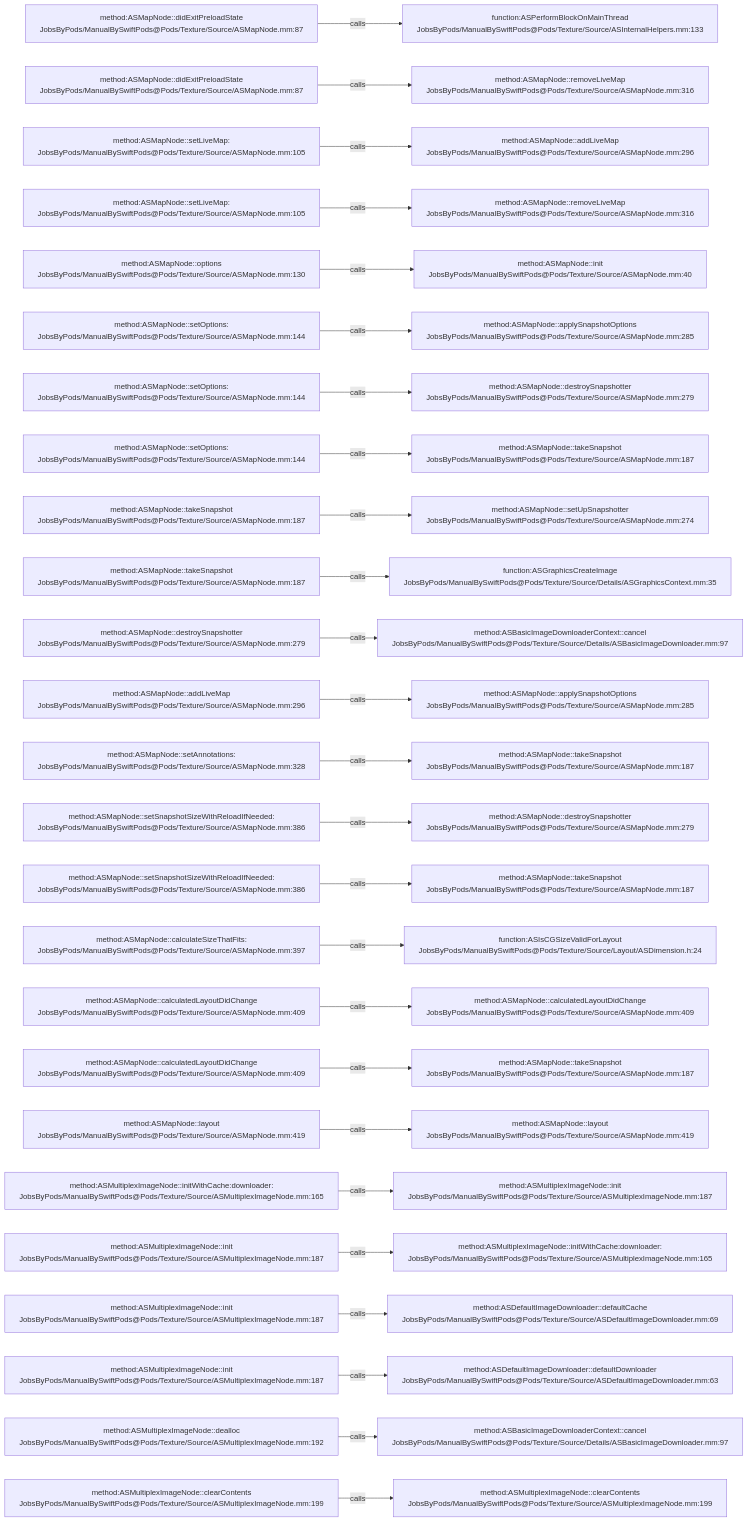
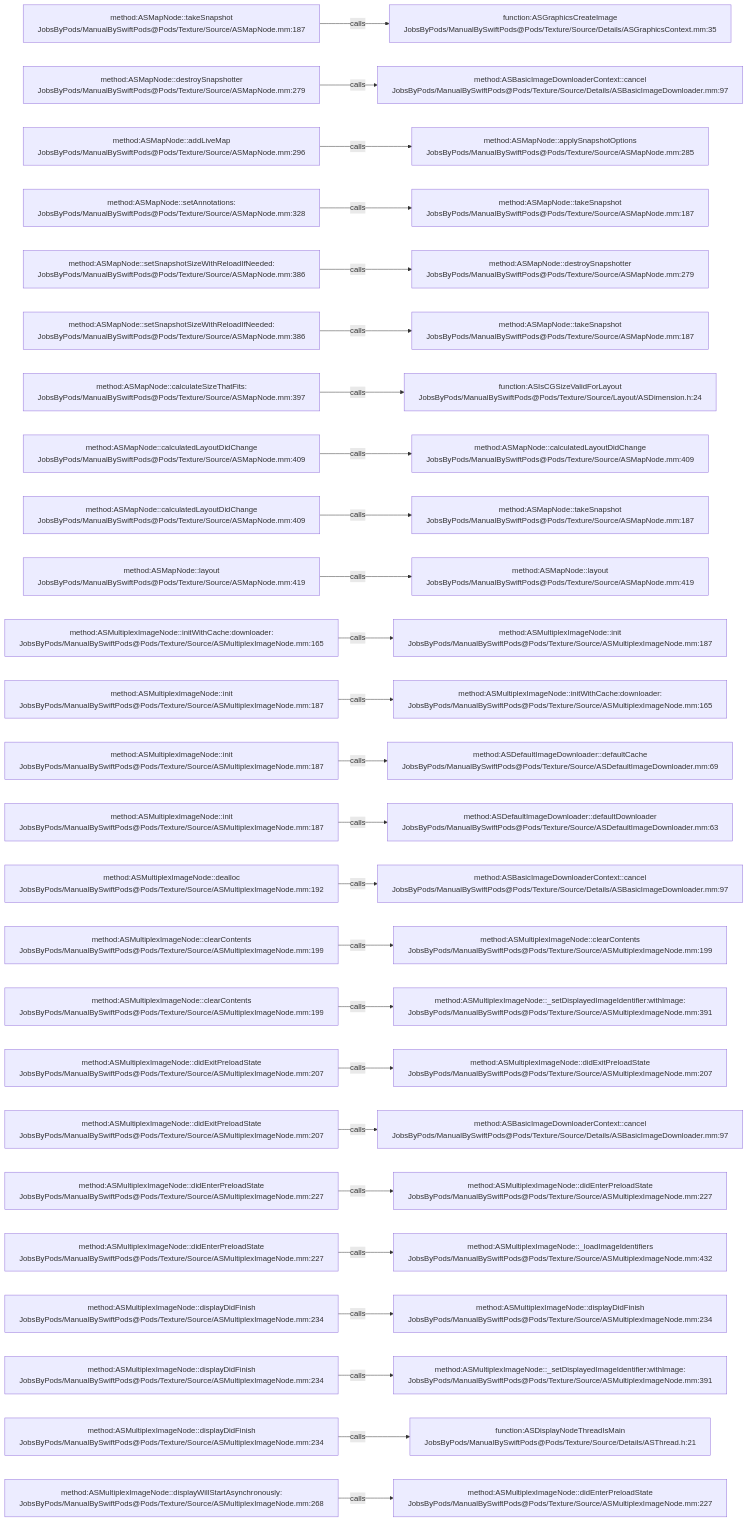
One commit to JobsKits/JobsSwiftBaseConfigDemo changed the diagram in .codegraph/codegraph.md/graphs/calls-046.md. Above: the diagram before and after it, drawn with Mermaid. The commit also changed 707 other files, not shown here.

````diff
--- a/.codegraph/codegraph.md/graphs/calls-046.md
+++ b/.codegraph/codegraph.md/graphs/calls-046.md
@@ -13,78 +13,78 @@
 ```mermaid
 flowchart LR
-  S1["method:ASMapNode::didExitPreloadState<br/>JobsByPods/ManualBySwiftPods@Pods/Texture/Source/ASMapNode.mm:87"]
-  T1["function:ASPerformBlockOnMainThread<br/>JobsByPods/ManualBySwiftPods@Pods/Texture/Source/ASInternalHelpers.mm:133"]
+  S1["method:ASMapNode::takeSnapshot<br/>JobsByPods/ManualBySwiftPods@Pods/Texture/Source/ASMapNode.mm:187"]
+  T1["function:ASGraphicsCreateImage<br/>JobsByPods/ManualBySwiftPods@Pods/Texture/Source/Details/ASGraphicsContext.mm:35"]
   S1 -->|calls| T1
-  S2["method:ASMapNode::didExitPreloadState<br/>JobsByPods/ManualBySwiftPods@Pods/Texture/Source/ASMapNode.mm:87"]
-  T2["method:ASMapNode::removeLiveMap<br/>JobsByPods/ManualBySwiftPods@Pods/Texture/Source/ASMapNode.mm:316"]
+  S2["method:ASMapNode::destroySnapshotter<br/>JobsByPods/ManualBySwiftPods@Pods/Texture/Source/ASMapNode.mm:279"]
+  T2["method:ASBasicImageDownloaderContext::cancel<br/>JobsByPods/ManualBySwiftPods@Pods/Texture/Source/Details/ASBasicImageDownloader.mm:97"]
   S2 -->|calls| T2
-  S3["method:ASMapNode::setLiveMap:<br/>JobsByPods/ManualBySwiftPods@Pods/Texture/Source/ASMapNode.mm:105"]
-  T3["method:ASMapNode::addLiveMap<br/>JobsByPods/ManualBySwiftPods@Pods/Texture/Source/ASMapNode.mm:296"]
+  S3["method:ASMapNode::addLiveMap<br/>JobsByPods/ManualBySwiftPods@Pods/Texture/Source/ASMapNode.mm:296"]
+  T3["method:ASMapNode::applySnapshotOptions<br/>JobsByPods/ManualBySwiftPods@Pods/Texture/Source/ASMapNode.mm:285"]
   S3 -->|calls| T3
-  S4["method:ASMapNode::setLiveMap:<br/>JobsByPods/ManualBySwiftPods@Pods/Texture/Source/ASMapNode.mm:105"]
-  T4["method:ASMapNode::removeLiveMap<br/>JobsByPods/ManualBySwiftPods@Pods/Texture/Source/ASMapNode.mm:316"]
+  S4["method:ASMapNode::setAnnotations:<br/>JobsByPods/ManualBySwiftPods@Pods/Texture/Source/ASMapNode.mm:328"]
+  T4["method:ASMapNode::takeSnapshot<br/>JobsByPods/ManualBySwiftPods@Pods/Texture/Source/ASMapNode.mm:187"]
   S4 -->|calls| T4
-  S5["method:ASMapNode::options<br/>JobsByPods/ManualBySwiftPods@Pods/Texture/Source/ASMapNode.mm:130"]
-  T5["method:ASMapNode::init<br/>JobsByPods/ManualBySwiftPods@Pods/Texture/Source/ASMapNode.mm:40"]
+  S5["method:ASMapNode::setSnapshotSizeWithReloadIfNeeded:<br/>JobsByPods/ManualBySwiftPods@Pods/Texture/Source/ASMapNode.mm:386"]
+  T5["method:ASMapNode::destroySnapshotter<br/>JobsByPods/ManualBySwiftPods@Pods/Texture/Source/ASMapNode.mm:279"]
   S5 -->|calls| T5
-  S6["method:ASMapNode::setOptions:<br/>JobsByPods/ManualBySwiftPods@Pods/Texture/Source/ASMapNode.mm:144"]
-  T6["method:ASMapNode::applySnapshotOptions<br/>JobsByPods/ManualBySwiftPods@Pods/Texture/Source/ASMapNode.mm:285"]
+  S6["method:ASMapNode::setSnapshotSizeWithReloadIfNeeded:<br/>JobsByPods/ManualBySwiftPods@Pods/Texture/Source/ASMapNode.mm:386"]
+  T6["method:ASMapNode::takeSnapshot<br/>JobsByPods/ManualBySwiftPods@Pods/Texture/Source/ASMapNode.mm:187"]
   S6 -->|calls| T6
-  S7["method:ASMapNode::setOptions:<br/>JobsByPods/ManualBySwiftPods@Pods/Texture/Source/ASMapNode.mm:144"]
-  T7["method:ASMapNode::destroySnapshotter<br/>JobsByPods/ManualBySwiftPods@Pods/Texture/Source/ASMapNode.mm:279"]
+  S7["method:ASMapNode::calculateSizeThatFits:<br/>JobsByPods/ManualBySwiftPods@Pods/Texture/Source/ASMapNode.mm:397"]
+  T7["function:ASIsCGSizeValidForLayout<br/>JobsByPods/ManualBySwiftPods@Pods/Texture/Source/Layout/ASDimension.h:24"]
   S7 -->|calls| T7
-  S8["method:ASMapNode::setOptions:<br/>JobsByPods/ManualBySwiftPods@Pods/Texture/Source/ASMapNode.mm:144"]
-  T8["method:ASMapNode::takeSnapshot<br/>JobsByPods/ManualBySwiftPods@Pods/Texture/Source/ASMapNode.mm:187"]
+  S8["method:ASMapNode::calculatedLayoutDidChange<br/>JobsByPods/ManualBySwiftPods@Pods/Texture/Source/ASMapNode.mm:409"]
+  T8["method:ASMapNode::calculatedLayoutDidChange<br/>JobsByPods/ManualBySwiftPods@Pods/Texture/Source/ASMapNode.mm:409"]
   S8 -->|calls| T8
-  S9["method:ASMapNode::takeSnapshot<br/>JobsByPods/ManualBySwiftPods@Pods/Texture/Source/ASMapNode.mm:187"]
-  T9["method:ASMapNode::setUpSnapshotter<br/>JobsByPods/ManualBySwiftPods@Pods/Texture/Source/ASMapNode.mm:274"]
+  S9["method:ASMapNode::calculatedLayoutDidChange<br/>JobsByPods/ManualBySwiftPods@Pods/Texture/Source/ASMapNode.mm:409"]
+  T9["method:ASMapNode::takeSnapshot<br/>JobsByPods/ManualBySwiftPods@Pods/Texture/Source/ASMapNode.mm:187"]
   S9 -->|calls| T9
-  S10["method:ASMapNode::takeSnapshot<br/>JobsByPods/ManualBySwiftPods@Pods/Texture/Source/ASMapNode.mm:187"]
-  T10["function:ASGraphicsCreateImage<br/>JobsByPods/ManualBySwiftPods@Pods/Texture/Source/Details/ASGraphicsContext.mm:35"]
+  S10["method:ASMapNode::layout<br/>JobsByPods/ManualBySwiftPods@Pods/Texture/Source/ASMapNode.mm:419"]
+  T10["method:ASMapNode::layout<br/>JobsByPods/ManualBySwiftPods@Pods/Texture/Source/ASMapNode.mm:419"]
   S10 -->|calls| T10
-  S11["method:ASMapNode::destroySnapshotter<br/>JobsByPods/ManualBySwiftPods@Pods/Texture/Source/ASMapNode.mm:279"]
-  T11["method:ASBasicImageDownloaderContext::cancel<br/>JobsByPods/ManualBySwiftPods@Pods/Texture/Source/Details/ASBasicImageDownloader.mm:97"]
+  S11["method:ASMultiplexImageNode::initWithCache:downloader:<br/>JobsByPods/ManualBySwiftPods@Pods/Texture/Source/ASMultiplexImageNode.mm:165"]
+  T11["method:ASMultiplexImageNode::init<br/>JobsByPods/ManualBySwiftPods@Pods/Texture/Source/ASMultiplexImageNode.mm:187"]
   S11 -->|calls| T11
-  S12["method:ASMapNode::addLiveMap<br/>JobsByPods/ManualBySwiftPods@Pods/Texture/Source/ASMapNode.mm:296"]
-  T12["method:ASMapNode::applySnapshotOptions<br/>JobsByPods/ManualBySwiftPods@Pods/Texture/Source/ASMapNode.mm:285"]
+  S12["method:ASMultiplexImageNode::init<br/>JobsByPods/ManualBySwiftPods@Pods/Texture/Source/ASMultiplexImageNode.mm:187"]
+  T12["method:ASMultiplexImageNode::initWithCache:downloader:<br/>JobsByPods/ManualBySwiftPods@Pods/Texture/Source/ASMultiplexImageNode.mm:165"]
   S12 -->|calls| T12
-  S13["method:ASMapNode::setAnnotations:<br/>JobsByPods/ManualBySwiftPods@Pods/Texture/Source/ASMapNode.mm:328"]
-  T13["method:ASMapNode::takeSnapshot<br/>JobsByPods/ManualBySwiftPods@Pods/Texture/Source/ASMapNode.mm:187"]
+  S13["method:ASMultiplexImageNode::init<br/>JobsByPods/ManualBySwiftPods@Pods/Texture/Source/ASMultiplexImageNode.mm:187"]
+  T13["method:ASDefaultImageDownloader::defaultCache<br/>JobsByPods/ManualBySwiftPods@Pods/Texture/Source/ASDefaultImageDownloader.mm:69"]
   S13 -->|calls| T13
-  S14["method:ASMapNode::setSnapshotSizeWithReloadIfNeeded:<br/>JobsByPods/ManualBySwiftPods@Pods/Texture/Source/ASMapNode.mm:386"]
-  T14["method:ASMapNode::destroySnapshotter<br/>JobsByPods/ManualBySwiftPods@Pods/Texture/Source/ASMapNode.mm:279"]
+  S14["method:ASMultiplexImageNode::init<br/>JobsByPods/ManualBySwiftPods@Pods/Texture/Source/ASMultiplexImageNode.mm:187"]
+  T14["method:ASDefaultImageDownloader::defaultDownloader<br/>JobsByPods/ManualBySwiftPods@Pods/Texture/Source/ASDefaultImageDownloader.mm:63"]
   S14 -->|calls| T14
-  S15["method:ASMapNode::setSnapshotSizeWithReloadIfNeeded:<br/>JobsByPods/ManualBySwiftPods@Pods/Texture/Source/ASMapNode.mm:386"]
-  T15["method:ASMapNode::takeSnapshot<br/>JobsByPods/ManualBySwiftPods@Pods/Texture/Source/ASMapNode.mm:187"]
+  S15["method:ASMultiplexImageNode::dealloc<br/>JobsByPods/ManualBySwiftPods@Pods/Texture/Source/ASMultiplexImageNode.mm:192"]
+  T15["method:ASBasicImageDownloaderContext::cancel<br/>JobsByPods/ManualBySwiftPods@Pods/Texture/Source/Details/ASBasicImageDownloader.mm:97"]
   S15 -->|calls| T15
-  S16["method:ASMapNode::calculateSizeThatFits:<br/>JobsByPods/ManualBySwiftPods@Pods/Texture/Source/ASMapNode.mm:397"]
-  T16["function:ASIsCGSizeValidForLayout<br/>JobsByPods/ManualBySwiftPods@Pods/Texture/Source/Layout/ASDimension.h:24"]
+  S16["method:ASMultiplexImageNode::clearContents<br/>JobsByPods/ManualBySwiftPods@Pods/Texture/Source/ASMultiplexImageNode.mm:199"]
+  T16["method:ASMultiplexImageNode::clearContents<br/>JobsByPods/ManualBySwiftPods@Pods/Texture/Source/ASMultiplexImageNode.mm:199"]
   S16 -->|calls| T16
-  S17["method:ASMapNode::calculatedLayoutDidChange<br/>JobsByPods/ManualBySwiftPods@Pods/Texture/Source/ASMapNode.mm:409"]
-  T17["method:ASMapNode::calculatedLayoutDidChange<br/>JobsByPods/ManualBySwiftPods@Pods/Texture/Source/ASMapNode.mm:409"]
+  S17["method:ASMultiplexImageNode::clearContents<br/>JobsByPods/ManualBySwiftPods@Pods/Texture/Source/ASMultiplexImageNode.mm:199"]
+  T17["method:ASMultiplexImageNode::_setDisplayedImageIdentifier:withImage:<br/>JobsByPods/ManualBySwiftPods@Pods/Texture/Source/ASMultiplexImageNode.mm:391"]
   S17 -->|calls| T17
-  S18["method:ASMapNode::calculatedLayoutDidChange<br/>JobsByPods/ManualBySwiftPods@Pods/Texture/Source/ASMapNode.mm:409"]
-  T18["method:ASMapNode::takeSnapshot<br/>JobsByPods/ManualBySwiftPods@Pods/Texture/Source/ASMapNode.mm:187"]
+  S18["method:ASMultiplexImageNode::didExitPreloadState<br/>JobsByPods/ManualBySwiftPods@Pods/Texture/Source/ASMultiplexImageNode.mm:207"]
+  T18["method:ASMultiplexImageNode::didExitPreloadState<br/>JobsByPods/ManualBySwiftPods@Pods/Texture/Source/ASMultiplexImageNode.mm:207"]
   S18 -->|calls| T18
-  S19["method:ASMapNode::layout<br/>JobsByPods/ManualBySwiftPods@Pods/Texture/Source/ASMapNode.mm:419"]
-  T19["method:ASMapNode::layout<br/>JobsByPods/ManualBySwiftPods@Pods/Texture/Source/ASMapNode.mm:419"]
+  S19["method:ASMultiplexImageNode::didExitPreloadState<br/>JobsByPods/ManualBySwiftPods@Pods/Texture/Source/ASMultiplexImageNode.mm:207"]
+  T19["method:ASBasicImageDownloaderContext::cancel<br/>JobsByPods/ManualBySwiftPods@Pods/Texture/Source/Details/ASBasicImageDownloader.mm:97"]
   S19 -->|calls| T19
-  S20["method:ASMultiplexImageNode::initWithCache:downloader:<br/>JobsByPods/ManualBySwiftPods@Pods/Texture/Source/ASMultiplexImageNode.mm:165"]
-  T20["method:ASMultiplexImageNode::init<br/>JobsByPods/ManualBySwiftPods@Pods/Texture/Source/ASMultiplexImageNode.mm:187"]
+  S20["method:ASMultiplexImageNode::didEnterPreloadState<br/>JobsByPods/ManualBySwiftPods@Pods/Texture/Source/ASMultiplexImageNode.mm:227"]
+  T20["method:ASMultiplexImageNode::didEnterPreloadState<br/>JobsByPods/ManualBySwiftPods@Pods/Texture/Source/ASMultiplexImageNode.mm:227"]
   S20 -->|calls| T20
-  S21["method:ASMultiplexImageNode::init<br/>JobsByPods/ManualBySwiftPods@Pods/Texture/Source/ASMultiplexImageNode.mm:187"]
-  T21["method:ASMultiplexImageNode::initWithCache:downloader:<br/>JobsByPods/ManualBySwiftPods@Pods/Texture/Source/ASMultiplexImageNode.mm:165"]
+  S21["method:ASMultiplexImageNode::didEnterPreloadState<br/>JobsByPods/ManualBySwiftPods@Pods/Texture/Source/ASMultiplexImageNode.mm:227"]
+  T21["method:ASMultiplexImageNode::_loadImageIdentifiers<br/>JobsByPods/ManualBySwiftPods@Pods/Texture/Source/ASMultiplexImageNode.mm:432"]
   S21 -->|calls| T21
-  S22["method:ASMultiplexImageNode::init<br/>JobsByPods/ManualBySwiftPods@Pods/Texture/Source/ASMultiplexImageNode.mm:187"]
-  T22["method:ASDefaultImageDownloader::defaultCache<br/>JobsByPods/ManualBySwiftPods@Pods/Texture/Source/ASDefaultImageDownloader.mm:69"]
+  S22["method:ASMultiplexImageNode::displayDidFinish<br/>JobsByPods/ManualBySwiftPods@Pods/Texture/Source/ASMultiplexImageNode.mm:234"]
+  T22["method:ASMultiplexImageNode::displayDidFinish<br/>JobsByPods/ManualBySwiftPods@Pods/Texture/Source/ASMultiplexImageNode.mm:234"]
   S22 -->|calls| T22
-  S23["method:ASMultiplexImageNode::init<br/>JobsByPods/ManualBySwiftPods@Pods/Texture/Source/ASMultiplexImageNode.mm:187"]
-  T23["method:ASDefaultImageDownloader::defaultDownloader<br/>JobsByPods/ManualBySwiftPods@Pods/Texture/Source/ASDefaultImageDownloader.mm:63"]
+  S23["method:ASMultiplexImageNode::displayDidFinish<br/>JobsByPods/ManualBySwiftPods@Pods/Texture/Source/ASMultiplexImageNode.mm:234"]
+  T23["method:ASMultiplexImageNode::_setDisplayedImageIdentifier:withImage:<br/>JobsByPods/ManualBySwiftPods@Pods/Texture/Source/ASMultiplexImageNode.mm:391"]
   S23 -->|calls| T23
-  S24["method:ASMultiplexImageNode::dealloc<br/>JobsByPods/ManualBySwiftPods@Pods/Texture/Source/ASMultiplexImageNode.mm:192"]
-  T24["method:ASBasicImageDownloaderContext::cancel<br/>JobsByPods/ManualBySwiftPods@Pods/Texture/Source/Details/ASBasicImageDownloader.mm:97"]
+  S24["method:ASMultiplexImageNode::displayDidFinish<br/>JobsByPods/ManualBySwiftPods@Pods/Texture/Source/ASMultiplexImageNode.mm:234"]
+  T24["function:ASDisplayNodeThreadIsMain<br/>JobsByPods/ManualBySwiftPods@Pods/Texture/Source/Details/ASThread.h:21"]
   S24 -->|calls| T24
-  S25["method:ASMultiplexImageNode::clearContents<br/>JobsByPods/ManualBySwiftPods@Pods/Texture/Source/ASMultiplexImageNode.mm:199"]
-  T25["method:ASMultiplexImageNode::clearContents<br/>JobsByPods/ManualBySwiftPods@Pods/Texture/Source/ASMultiplexImageNode.mm:199"]
+  S25["method:ASMultiplexImageNode::displayWillStartAsynchronously:<br/>JobsByPods/ManualBySwiftPods@Pods/Texture/Source/ASMultiplexImageNode.mm:268"]
+  T25["method:ASMultiplexImageNode::didEnterPreloadState<br/>JobsByPods/ManualBySwiftPods@Pods/Texture/Source/ASMultiplexImageNode.mm:227"]
   S25 -->|calls| T25
 ```
````
